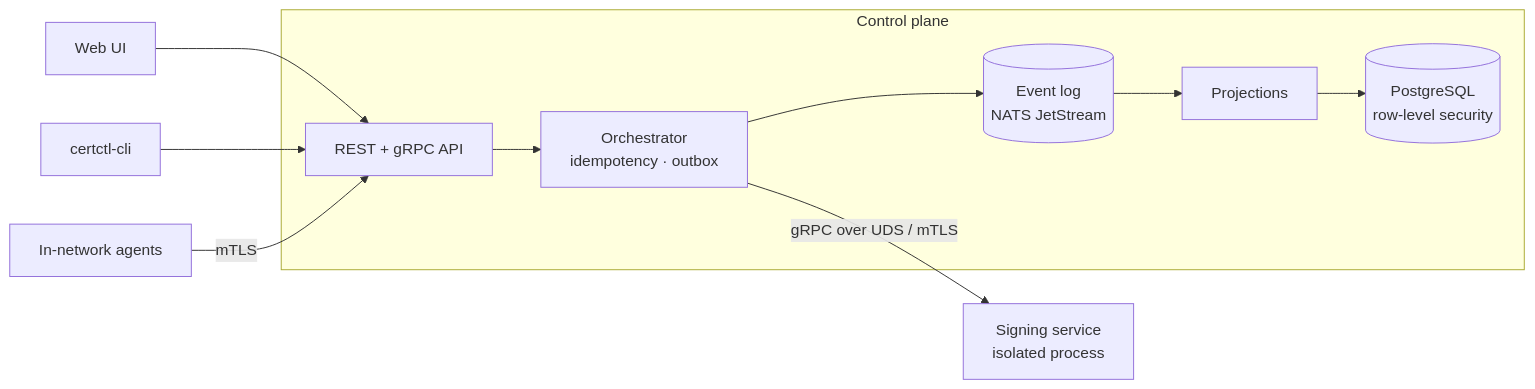
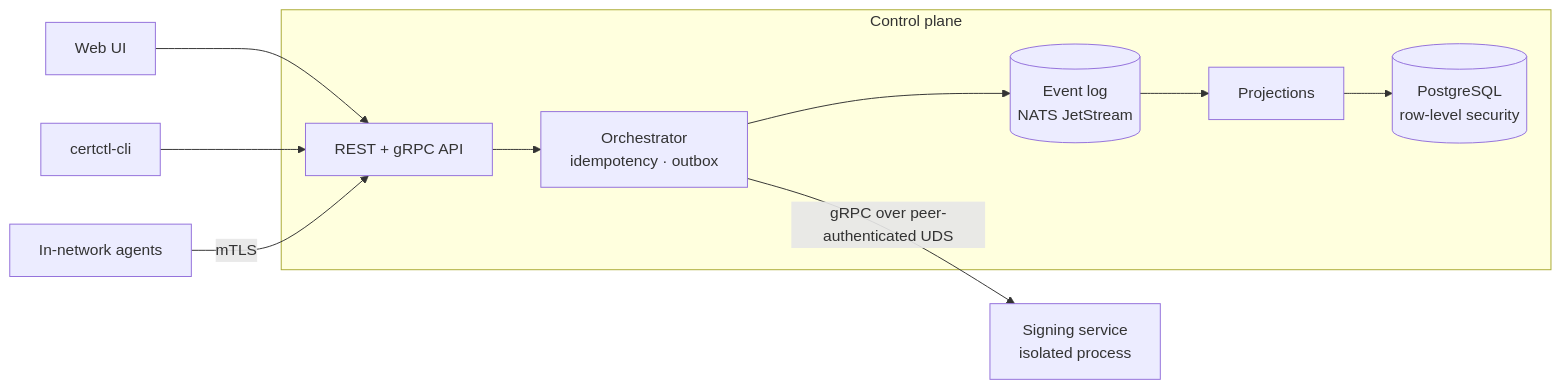
The diagram in README.md (imfeelingtheagi/trustctl), drawn with Mermaid before and after one commit. The commit also changed other lines of this file and 8 other files, not shown here.

````diff
--- a/README.md
+++ b/README.md
@@ -107,15 +107,15 @@
 ```mermaid
 flowchart LR
   ui[Web UI] --> api
   cli[certctl-cli] --> api
   agent[In-network agents] -- mTLS --> api
 
   subgraph cp [Control plane]
     api[REST + gRPC API] --> orch[Orchestrator<br/>idempotency · outbox]
     orch --> log[(Event log<br/>NATS JetStream)]
     log --> proj[Projections]
     proj --> pg[(PostgreSQL<br/>row-level security)]
   end
 
-  orch -- gRPC over UDS / mTLS --> signer[Signing service<br/>isolated process]
+  orch -- gRPC over peer-authenticated UDS --> signer[Signing service<br/>isolated process]
 ```
````
